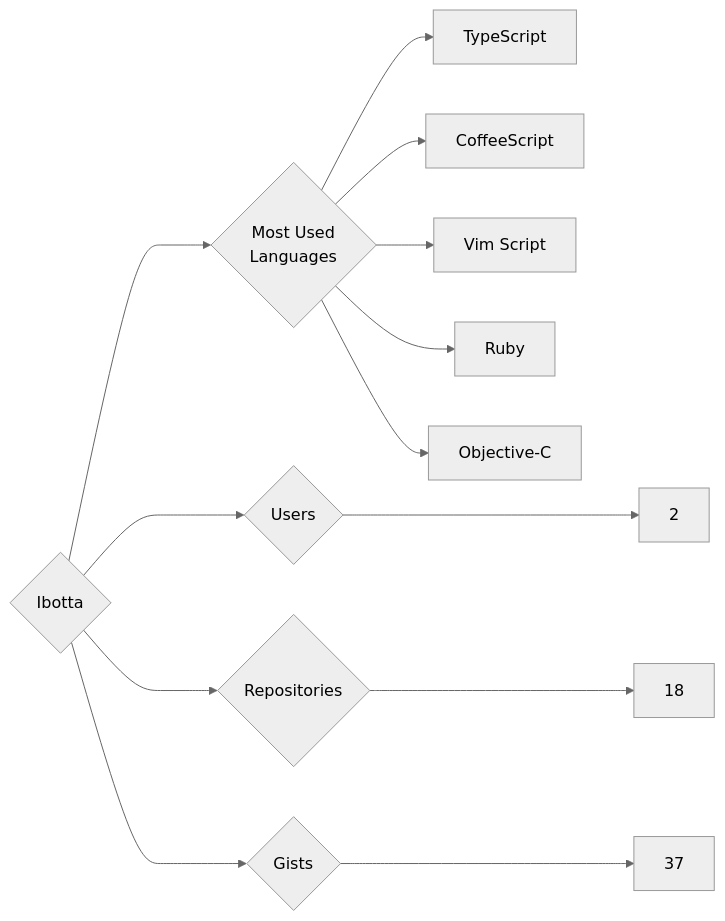
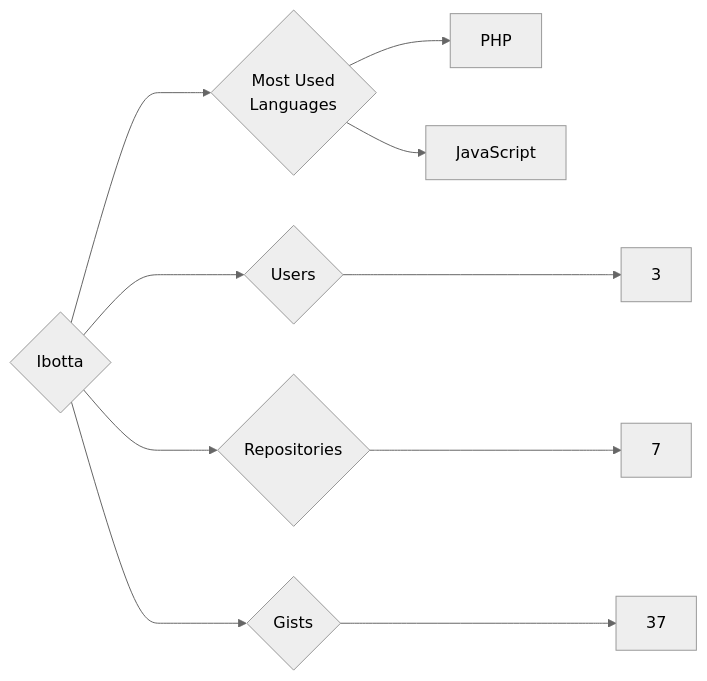
The diagram in targets/Ibotta/README.md (trickest/insiders), drawn with Mermaid (neutral theme) before and after one commit. The commit also changed 993 other files, not shown here.

````diff
--- a/targets/Ibotta/README.md
+++ b/targets/Ibotta/README.md
@@ -3,13 +3,10 @@
 ```mermaid
 graph LR
 COMPANY_NAME{Ibotta}
-COMPANY_NAME ---> U{Users} ---> UN[2]
-COMPANY_NAME ---> R{Repositories} ---> RN[18]
+COMPANY_NAME ---> U{Users} ---> UN[3]
+COMPANY_NAME ---> R{Repositories} ---> RN[7]
 COMPANY_NAME ---> G{Gists} ---> GN[37]
 COMPANY_NAME ---> ML{Most Used<br>Languages}
-ML --> TypeScript[TypeScript]
-ML --> CoffeeScript[CoffeeScript]
-ML --> Vim_Script[Vim Script]
-ML --> Ruby[Ruby]
-ML --> Objective-C[Objective-C]
+ML --> PHP[PHP]
+ML --> JavaScript[JavaScript]
 ```
````
